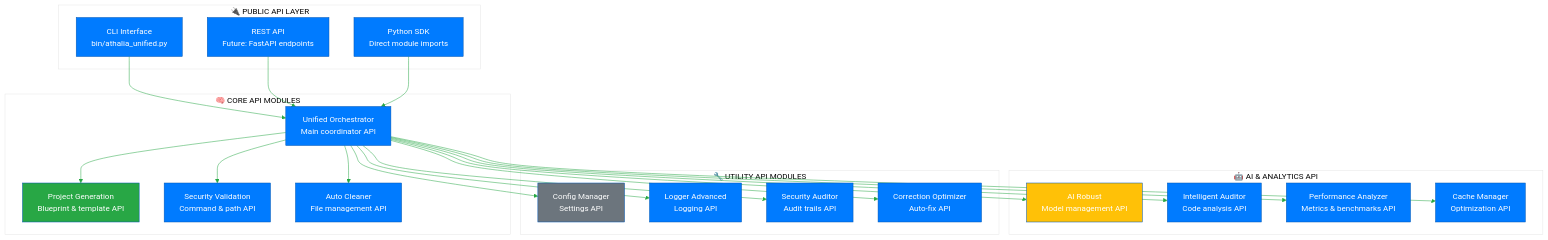
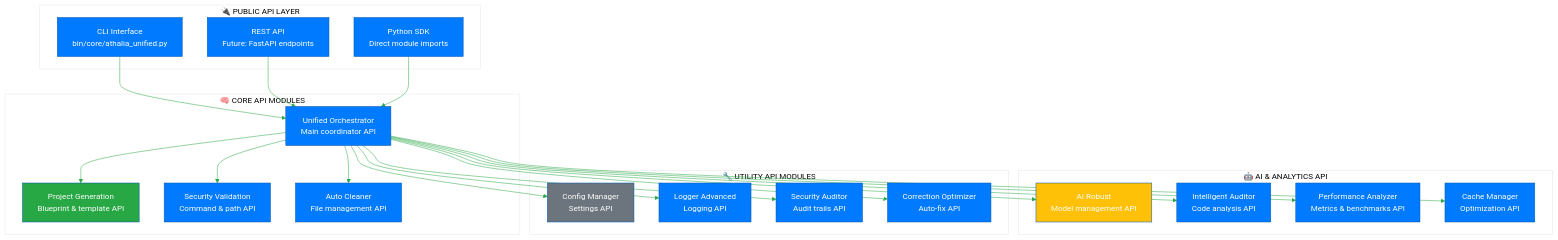
Before and after one commit to arkalia-luna-system/ia-pipeline: the first of 8 diagrams in docs/API/INDEX.md, drawn with Mermaid. The commit also changed other lines of this file and 39 other files, not shown here.

````diff
--- a/docs/API/INDEX.md
+++ b/docs/API/INDEX.md
@@ -21,53 +9,53 @@
 ```mermaid
 %%{init: {'theme':'base', 'themeVariables': { 'primaryColor': '#007bff', 'primaryTextColor': '#fff', 'primaryBorderColor': '#0056b3', 'lineColor': '#28a745', 'secondaryColor': '#ffc107', 'tertiaryColor': '#fff'}}}%%
 graph TB
     subgraph "🔌 PUBLIC API LAYER"
-        CLI[CLI Interface<br/>bin/athalia_unified.py]
+        CLI[CLI Interface<br/>bin/core/athalia_unified.py]
         REST[REST API<br/>Future: FastAPI endpoints]
         SDK[Python SDK<br/>Direct module imports]
     end
     
     subgraph "🧠 CORE API MODULES"
         UO[Unified Orchestrator<br/>Main coordinator API]
         PG[Project Generation<br/>Blueprint & template API]
         SV[Security Validation<br/>Command & path API]
         AC[Auto Cleaner<br/>File management API]
     end
     
     subgraph "🤖 AI & ANALYTICS API"
         AI[AI Robust<br/>Model management API]
         IA[Intelligent Auditor<br/>Code analysis API]
         PA[Performance Analyzer<br/>Metrics & benchmarks API]
         CA[Cache Manager<br/>Optimization API]
     end
     
     subgraph "🔧 UTILITY API MODULES"
         CFG[Config Manager<br/>Settings API]
         LOG[Logger Advanced<br/>Logging API]
         SEC[Security Auditor<br/>Audit trails API]
         COR[Correction Optimizer<br/>Auto-fix API]
     end
     
     CLI --> UO
     REST --> UO
     SDK --> UO
     
     UO --> PG
     UO --> SV
     UO --> AC
     
     UO --> AI
     UO --> IA
     UO --> PA
     UO --> CA
     
     UO --> CFG
     UO --> LOG
     UO --> SEC
     UO --> COR
     
     style UO fill:#007bff
     style PG fill:#28a745
     style AI fill:#ffc107
     style CFG fill:#6c757d
 ```
````
